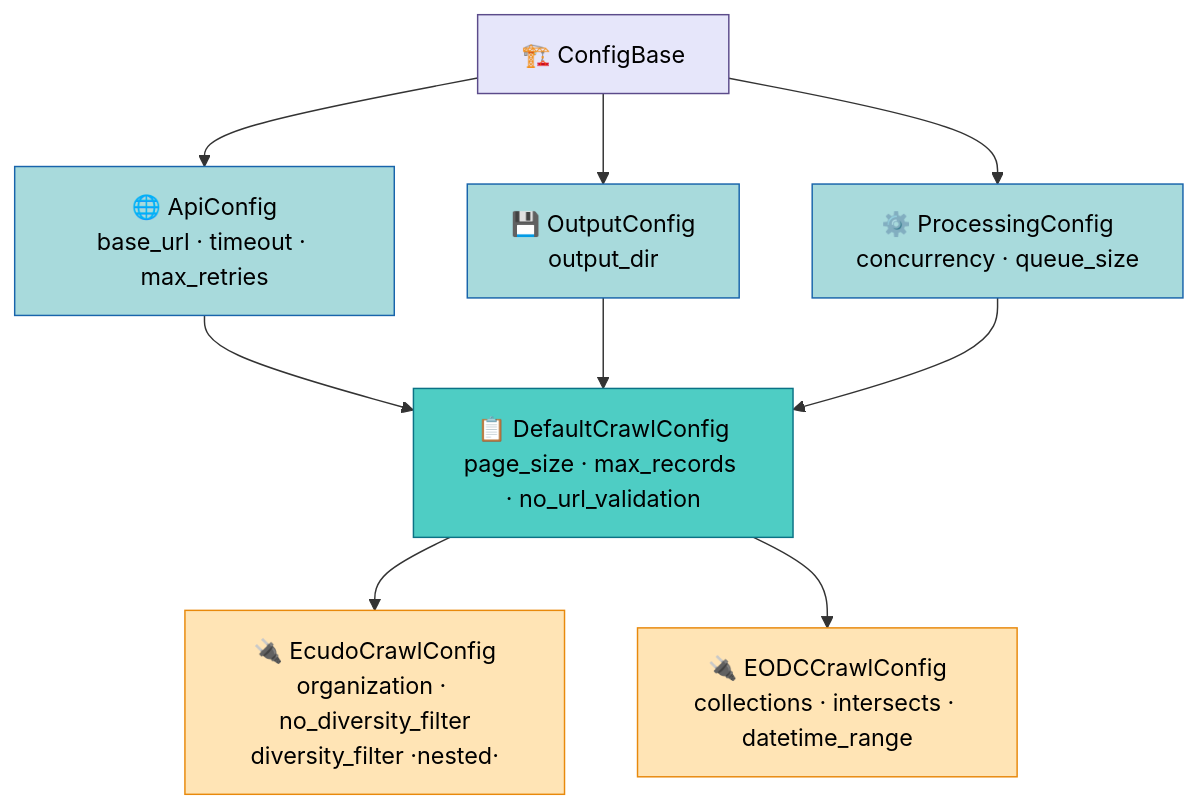
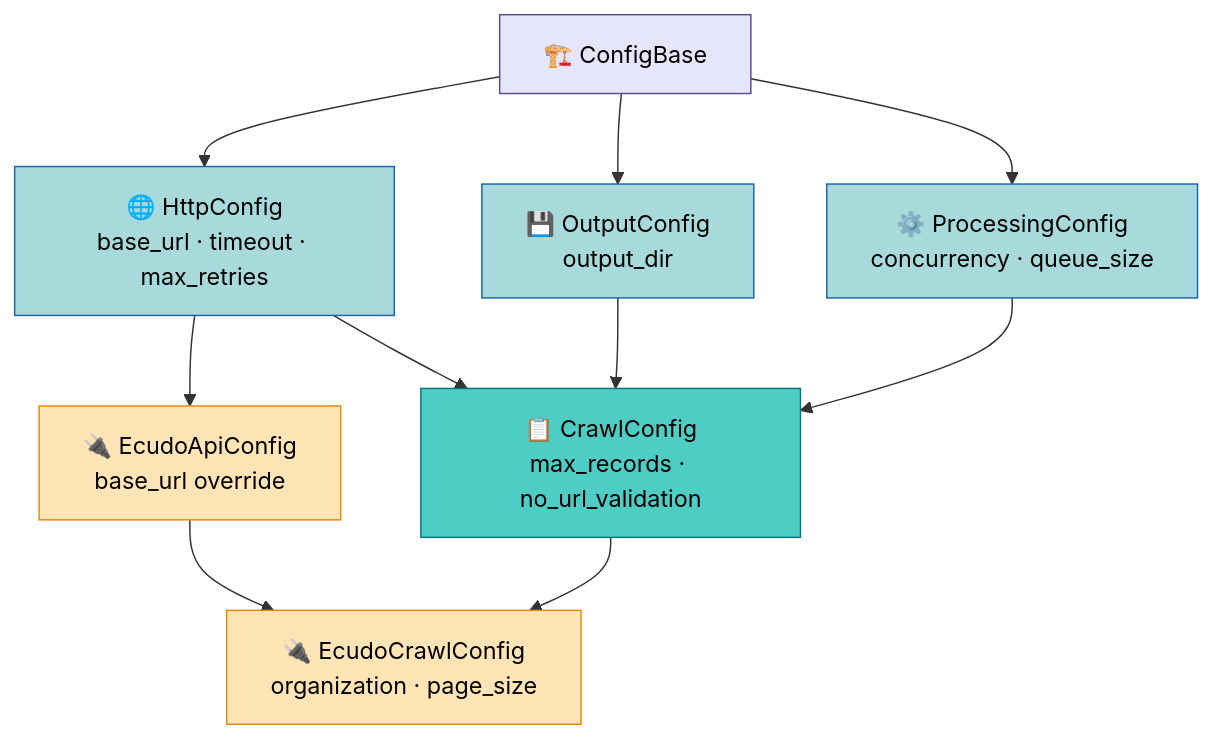
The second of 3 diagrams in docs/crawlers/arch/configuration.md (bergamote156/repository-crawlers), drawn with Mermaid before and after one commit. The commit also changed other lines of this file and 7 other files, not shown here.

````diff
--- a/docs/crawlers/arch/configuration.md
+++ b/docs/crawlers/arch/configuration.md
@@ -209,25 +201,26 @@
 ```mermaid
 graph TB
     CB["🏗️ ConfigBase"]
 
-    CB --> AC["🌐 ApiConfig\nbase_url · timeout · max_retries"]
     CB --> OC["💾 OutputConfig\noutput_dir"]
     CB --> PC["⚙️ ProcessingConfig\nconcurrency · queue_size"]
+    CB --> HC["🌐 HttpConfig\nbase_url · timeout · max_retries"]
 
-    AC --> DCC["📋 DefaultCrawlConfig\npage_size · max_records · no_url_validation"]
-    OC --> DCC
-    PC --> DCC
+    HC --> CC["📋 CrawlConfig\nmax_records · no_url_validation"]
+    OC --> CC
+    PC --> CC
 
-    DCC --> ECC["🔌 EcudoCrawlConfig\norganization · no_diversity_filter\ndiversity_filter ·nested·"]
-    DCC --> EODC["🔌 EODCCrawlConfig\ncollections · intersects · datetime_range"]
+    HC --> EAC["🔌 EcudoApiConfig\nbase_url override"]
+    EAC --> ECC["🔌 EcudoCrawlConfig\norganization · page_size"]
+    CC --> ECC
 
     classDef core fill:#E6E6FA,stroke:#5B4B8A,color:#000
     classDef mixin fill:#A8DADC,stroke:#1864AB,color:#000
     classDef framework fill:#4ECDC4,stroke:#0B7285,color:#000
     classDef plugin fill:#FFE4B5,stroke:#E8890C,color:#000
 
     class CB core
-    class AC,OC,PC mixin
-    class DCC framework
-    class ECC,EODC plugin
+    class HC,OC,PC mixin
+    class CC framework
+    class EAC,ECC plugin
 ```
````
